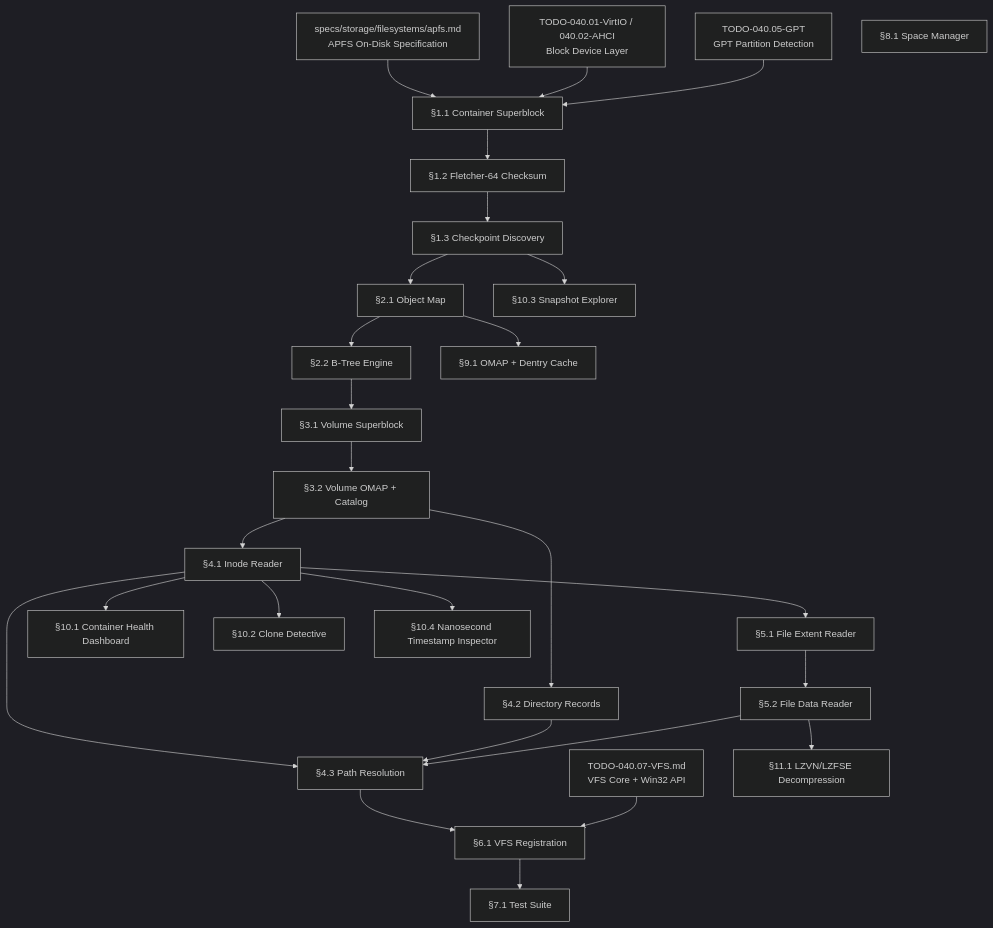
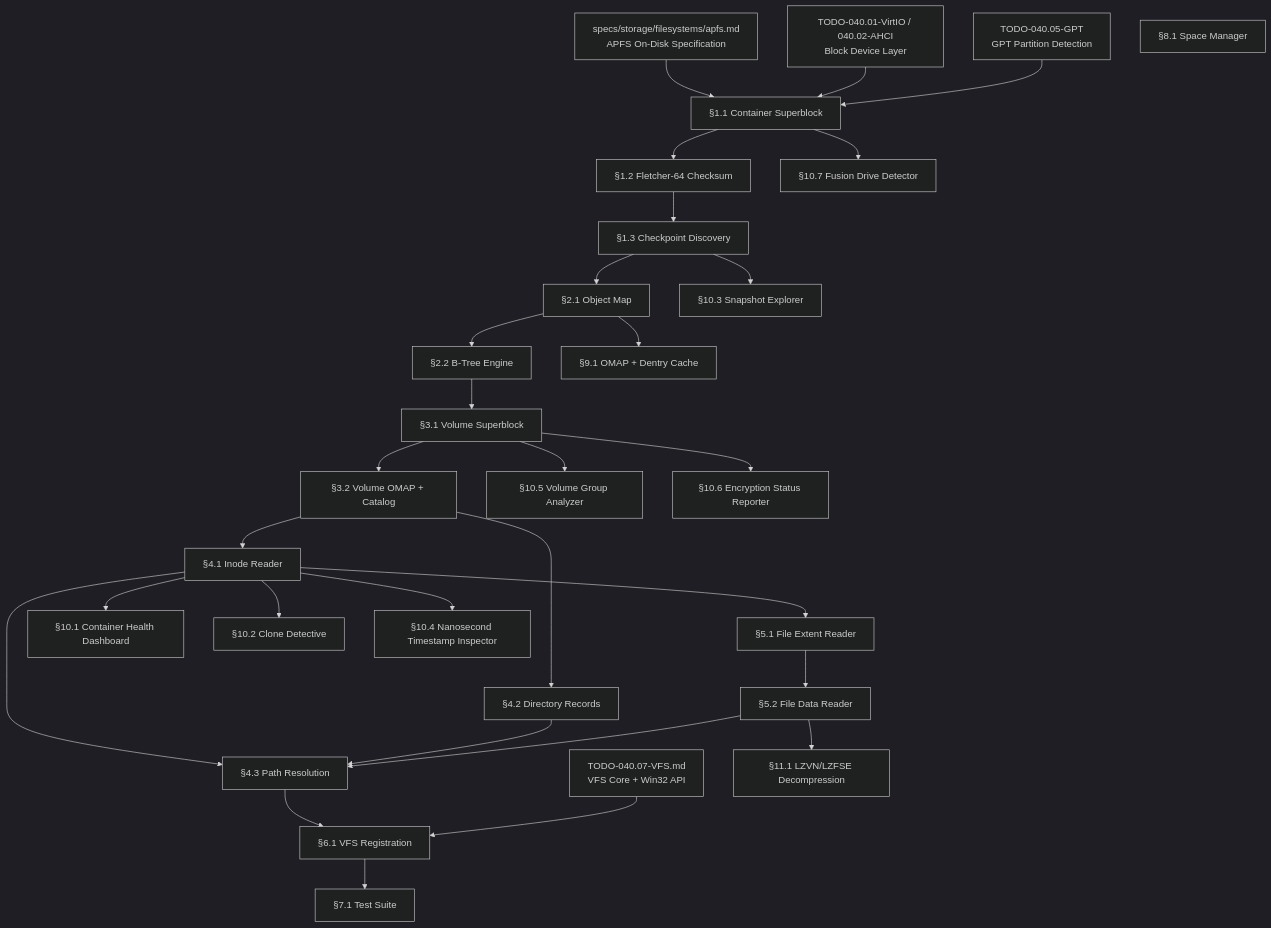
Before and after one commit to rizonesoft/impossible-os: the diagram in todo/010-Kernel-Foundations/TODO-040-Filesystem/TODO-040.13-APFS.md, drawn with Mermaid (dark theme). The commit also changed other lines of this file and 14 other files, not shown here.

Commit message:
todo: add TODO-040.18 ISO 9660 / ECMA-119 roadmap

````diff
--- a/todo/010-Kernel-Foundations/TODO-040-Filesystem/TODO-040.13-APFS.md
+++ b/todo/010-Kernel-Foundations/TODO-040-Filesystem/TODO-040.13-APFS.md
@@ -40,55 +40,61 @@
 ```mermaid
 graph TD
     SPEC["specs/storage/filesystems/apfs.md<br/>APFS On-Disk Specification"]
     BLK["TODO-040.01-VirtIO / 040.02-AHCI<br/>Block Device Layer"]
     PART["TODO-040.05-GPT<br/>GPT Partition Detection"]
     VFS["TODO-040.07-VFS.md<br/>VFS Core + Win32 API"]
 
     A["§1.1 Container Superblock"]
     B["§1.2 Fletcher-64 Checksum"]
     C["§1.3 Checkpoint Discovery"]
     D["§2.1 Object Map"]
     E["§2.2 B-Tree Engine"]
     F["§3.1 Volume Superblock"]
     G["§3.2 Volume OMAP + Catalog"]
     H["§4.1 Inode Reader"]
     I["§4.2 Directory Records"]
     J["§4.3 Path Resolution"]
     K["§5.1 File Extent Reader"]
     L["§5.2 File Data Reader"]
     M["§6.1 VFS Registration"]
     N["§7.1 Test Suite"]
     O["§8.1 Space Manager"]
     P["§9.1 OMAP + Dentry Cache"]
     Q["§10.1 Container Health Dashboard"]
     R["§10.2 Clone Detective"]
     S["§10.3 Snapshot Explorer"]
     T["§10.4 Nanosecond Timestamp Inspector"]
     U["§11.1 LZVN/LZFSE Decompression"]
+    V["§10.5 Volume Group Analyzer"]
+    W["§10.6 Encryption Status Reporter"]
+    X["§10.7 Fusion Drive Detector"]
 
     SPEC --> A
     BLK --> A
     PART --> A
     A --> B
     B --> C
     C --> D
     D --> E
     E --> F
     F --> G
     G --> H
     G --> I
     H --> J
     I --> J
     H --> K
     K --> L
     L --> J
     J --> M
     VFS --> M
     M --> N
     D --> P
     H --> Q
     H --> R
     C --> S
     H --> T
     L --> U
+    F --> V
+    F --> W
+    A --> X
 ```
````
